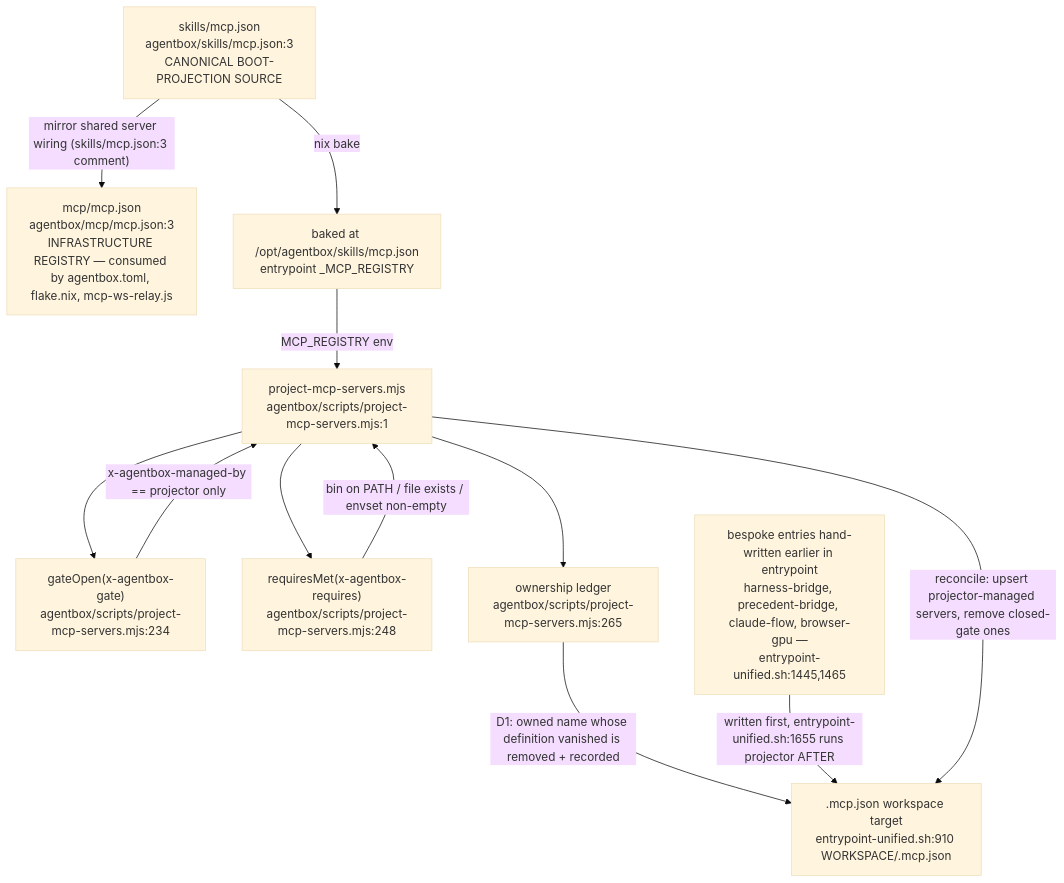
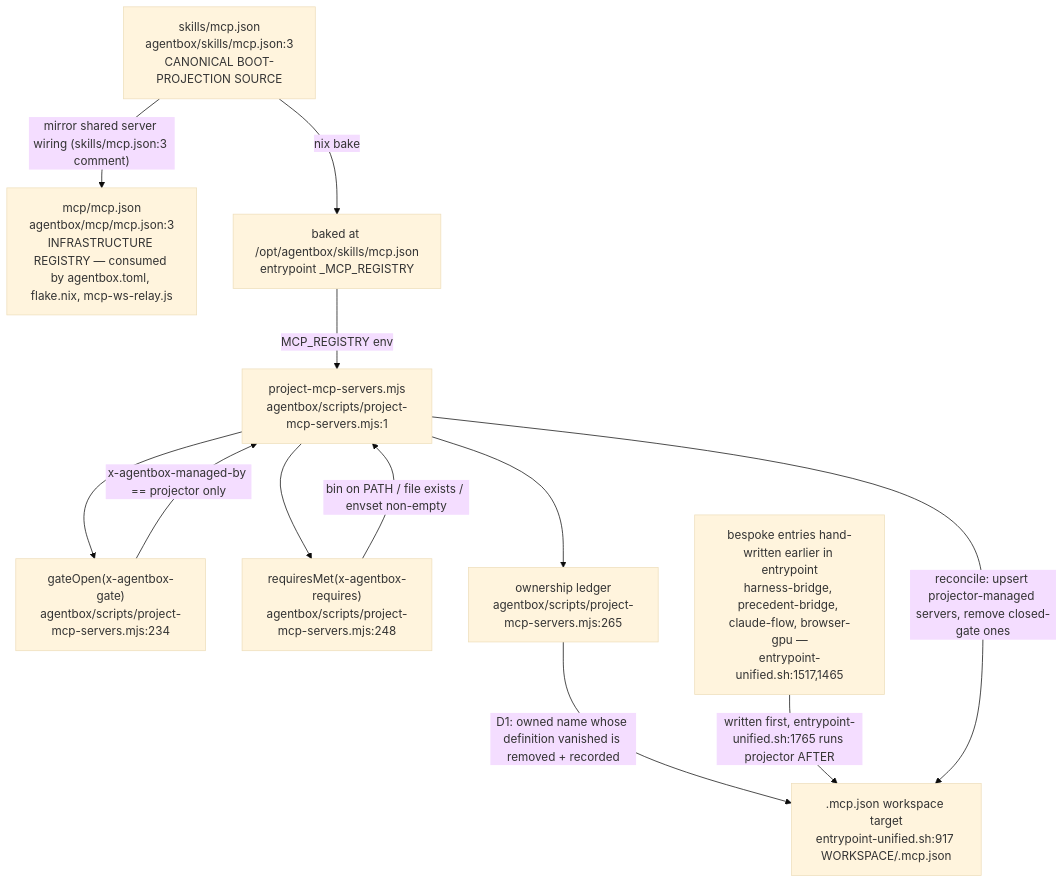
Before and after one commit to DreamLab-AI/AR-AI-Knowledge-Graph: the tenth of 13 diagrams in docs/diagrams/agentbox/22-skills-and-routing.md, drawn with Mermaid (base theme). The commit also changed other lines of this file and 73 other files, not shown here.

First line of the commit message:
docs(diagrams): re-verify all 71 topic files against HEAD; add --cite-check

````diff
--- a/docs/diagrams/agentbox/22-skills-and-routing.md
+++ b/docs/diagrams/agentbox/22-skills-and-routing.md
@@ -324,24 +324,24 @@
 ```mermaid
 flowchart TB
     REG["skills/mcp.json<br/>agentbox/skills/mcp.json:3<br/>CANONICAL BOOT-PROJECTION SOURCE"]
     MIRROR["mcp/mcp.json<br/>agentbox/mcp/mcp.json:3<br/>INFRASTRUCTURE REGISTRY — consumed by agentbox.toml, flake.nix, mcp-ws-relay.js"]
     BAKE["baked at /opt/agentbox/skills/mcp.json<br/>entrypoint _MCP_REGISTRY"]
     PROJ["project-mcp-servers.mjs<br/>agentbox/scripts/project-mcp-servers.mjs:1"]
     GATE["gateOpen(x-agentbox-gate)<br/>agentbox/scripts/project-mcp-servers.mjs:234"]
     REQ["requiresMet(x-agentbox-requires)<br/>agentbox/scripts/project-mcp-servers.mjs:248"]
     LEDGER["ownership ledger<br/>agentbox/scripts/project-mcp-servers.mjs:265"]
-    WS[".mcp.json workspace target<br/>entrypoint-unified.sh:910 WORKSPACE/.mcp.json"]
-    BESPOKE["bespoke entries hand-written earlier in entrypoint<br/>harness-bridge, precedent-bridge, claude-flow, browser-gpu —<br/>entrypoint-unified.sh:1445,1465"]
+    WS[".mcp.json workspace target<br/>entrypoint-unified.sh:917 WORKSPACE/.mcp.json"]
+    BESPOKE["bespoke entries hand-written earlier in entrypoint<br/>harness-bridge, precedent-bridge, claude-flow, browser-gpu —<br/>entrypoint-unified.sh:1517,1465"]
 
     REG -- "mirror shared server wiring (skills/mcp.json:3 comment)" --> MIRROR
     REG -- "nix bake" --> BAKE
     BAKE -- "MCP_REGISTRY env" --> PROJ
     PROJ --> GATE
     PROJ --> REQ
     GATE -- "x-agentbox-managed-by == projector only" --> PROJ
     REQ -- "bin on PATH / file exists / envset non-empty" --> PROJ
     PROJ --> LEDGER
     LEDGER -- "D1: owned name whose definition vanished is removed + recorded" --> WS
-    BESPOKE -- "written first, entrypoint-unified.sh:1655 runs projector AFTER" --> WS
+    BESPOKE -- "written first, entrypoint-unified.sh:1765 runs projector AFTER" --> WS
     PROJ -- "reconcile: upsert projector-managed servers, remove closed-gate ones" --> WS
 ```
````
